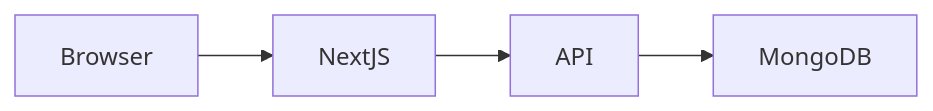
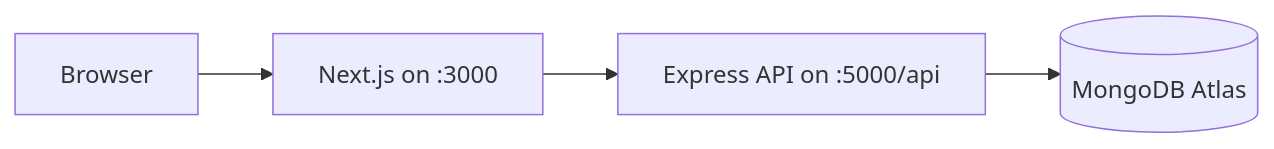
The first of 2 diagrams in SETUP.md (SRIXENO/Smart-performance-dashboard), drawn with Mermaid before and after one commit. The commit also changed other lines of this file and 3 other files, not shown here.

````diff
--- a/SETUP.md
+++ b/SETUP.md
@@ -98,6 +7,6 @@
 ```mermaid
 flowchart LR
-  Browser --> NextJS
-  NextJS --> API
-  API --> MongoDB
+  Browser --> Frontend[Next.js on :3000]
+  Frontend --> Backend[Express API on :5000/api]
+  Backend --> Mongo[(MongoDB Atlas)]
 ```
````
